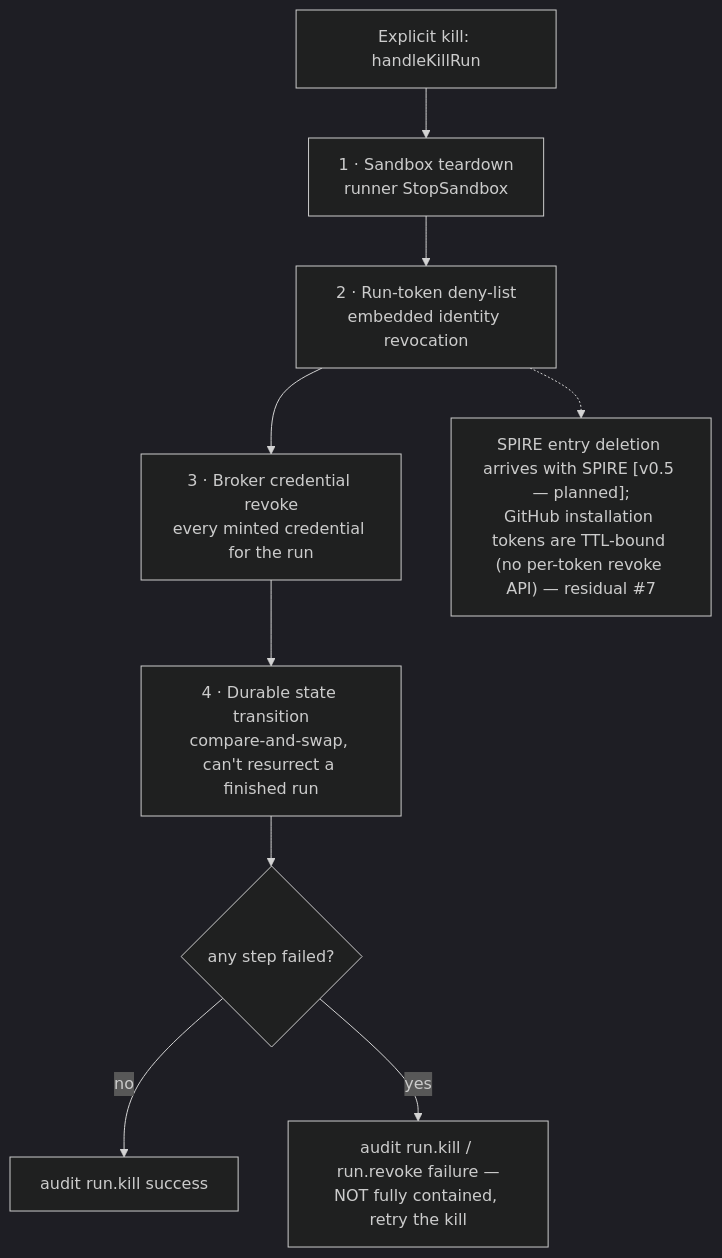
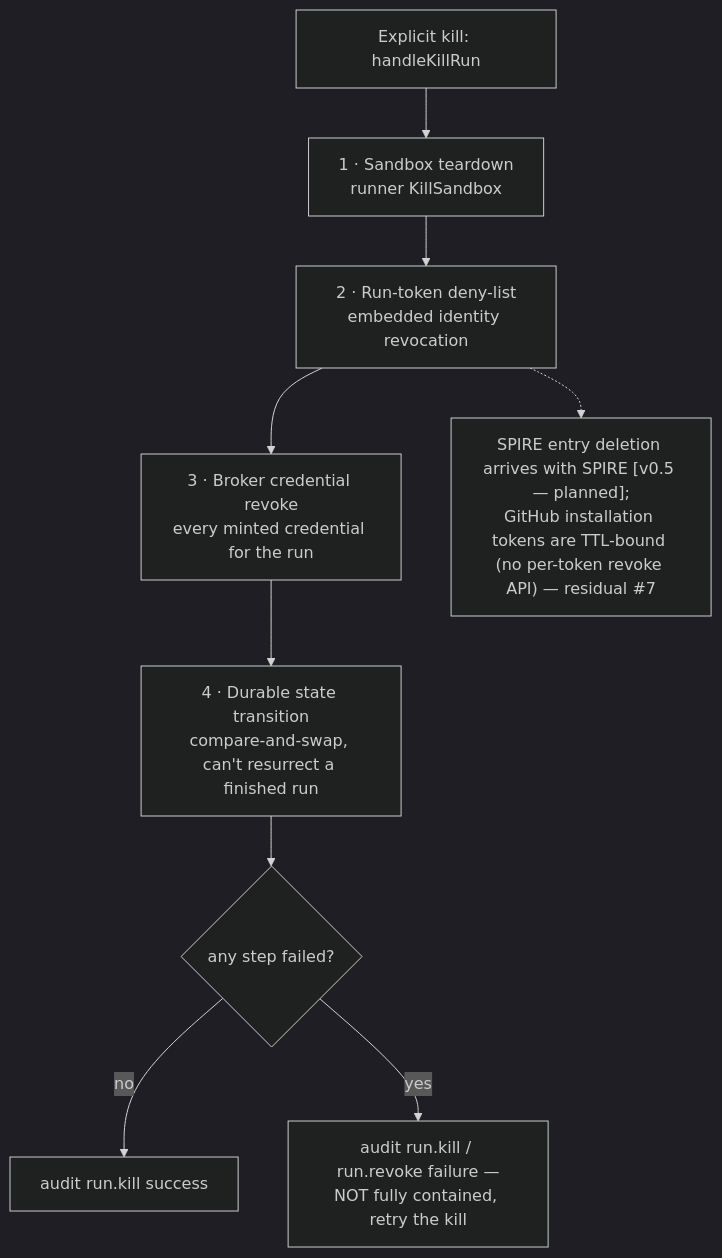
Before and after one commit to cjohnstoniv/wardyn: the fifth of 5 diagrams in threatmodel/THREAT-MODEL.md, drawn with Mermaid (dark theme). The commit also changed other lines of this file and 14 other files, not shown here.

````diff
--- a/threatmodel/THREAT-MODEL.md
+++ b/threatmodel/THREAT-MODEL.md
@@ -584,12 +587,12 @@
 ```mermaid
 flowchart TB
   trig["Explicit kill: handleKillRun"]
-  trig --> s1["1 · Sandbox teardown<br/>runner StopSandbox"]
+  trig --> s1["1 · Sandbox teardown<br/>runner KillSandbox"]
   s1 --> s2["2 · Run-token deny-list<br/>embedded identity revocation"]
   s2 --> s3["3 · Broker credential revoke<br/>every minted credential for the run"]
   s3 --> s4["4 · Durable state transition<br/>compare-and-swap, can't resurrect a finished run"]
   s4 --> q{"any step failed?"}
   q -->|no| ok["audit run.kill success"]
   q -->|yes| bad["audit run.kill / run.revoke failure —<br/>NOT fully contained, retry the kill"]
   s2 -.-> note["SPIRE entry deletion arrives with SPIRE [v0.5 — planned];<br/>GitHub installation tokens are TTL-bound (no per-token revoke API) — residual #7"]
 ```
````
